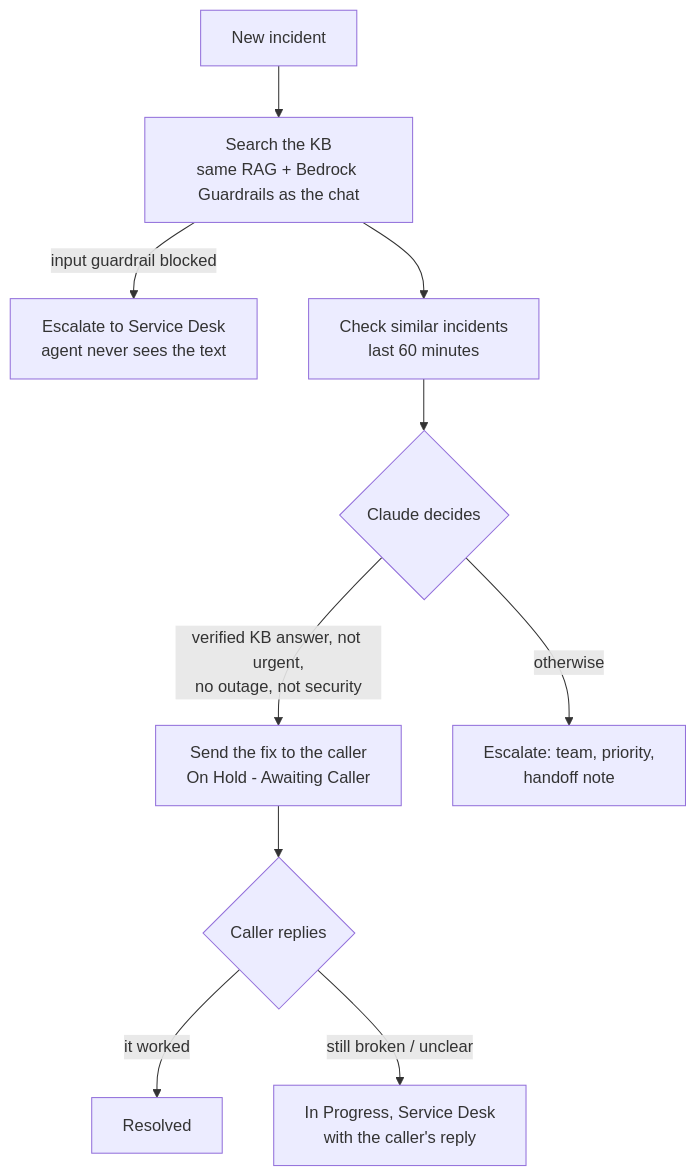
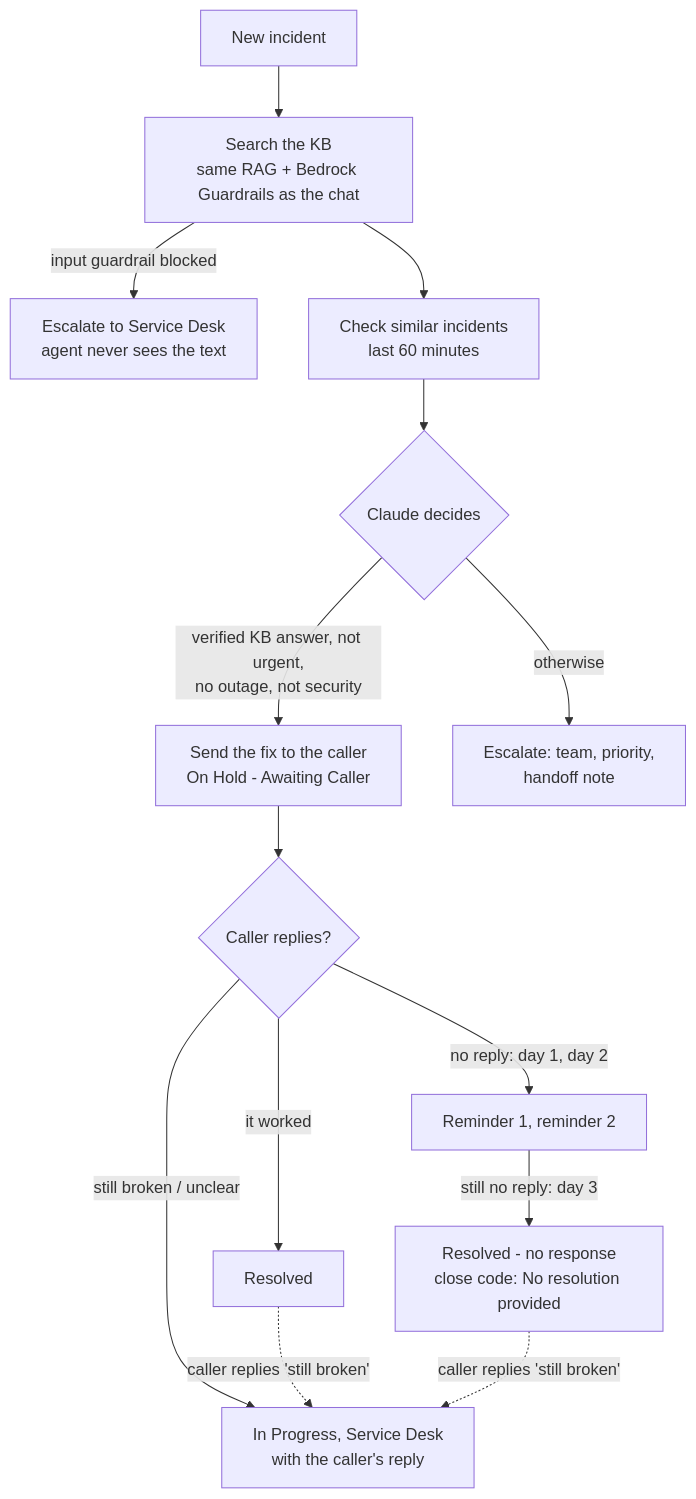
The third of 4 diagrams in README.md (sagarmodha9-dotcom/it-kb-assistant), drawn with Mermaid before and after one commit. The commit also changed other lines of this file and 12 other files, not shown here.

First line of the commit message:
Ticket agent: close without the caller only with evidence (verified fix or 3-strike no response)

````diff
--- a/README.md
+++ b/README.md
@@ -121,12 +122,15 @@
 ```mermaid
 flowchart TD
     N[New incident] --> S[Search the KB<br/>same RAG + Bedrock Guardrails as the chat]
     S -->|input guardrail blocked| R1[Escalate to Service Desk<br/>agent never sees the text]
     S --> F[Check similar incidents<br/>last 60 minutes]
     F --> D{Claude decides}
     D -->|verified KB answer, not urgent,<br/>no outage, not security| FIX[Send the fix to the caller<br/>On Hold - Awaiting Caller]
     D -->|otherwise| ESC[Escalate: team, priority,<br/>handoff note]
-    FIX --> C{Caller replies}
+    FIX --> C{Caller replies?}
     C -->|it worked| RES[Resolved]
     C -->|still broken / unclear| BACK[In Progress, Service Desk<br/>with the caller's reply]
+    C -->|no reply: day 1, day 2| REM[Reminder 1, reminder 2]
+    REM -->|still no reply: day 3| NR[Resolved - no response<br/>close code: No resolution provided]
+    RES & NR -.->|caller replies 'still broken'| BACK
 ```
````
